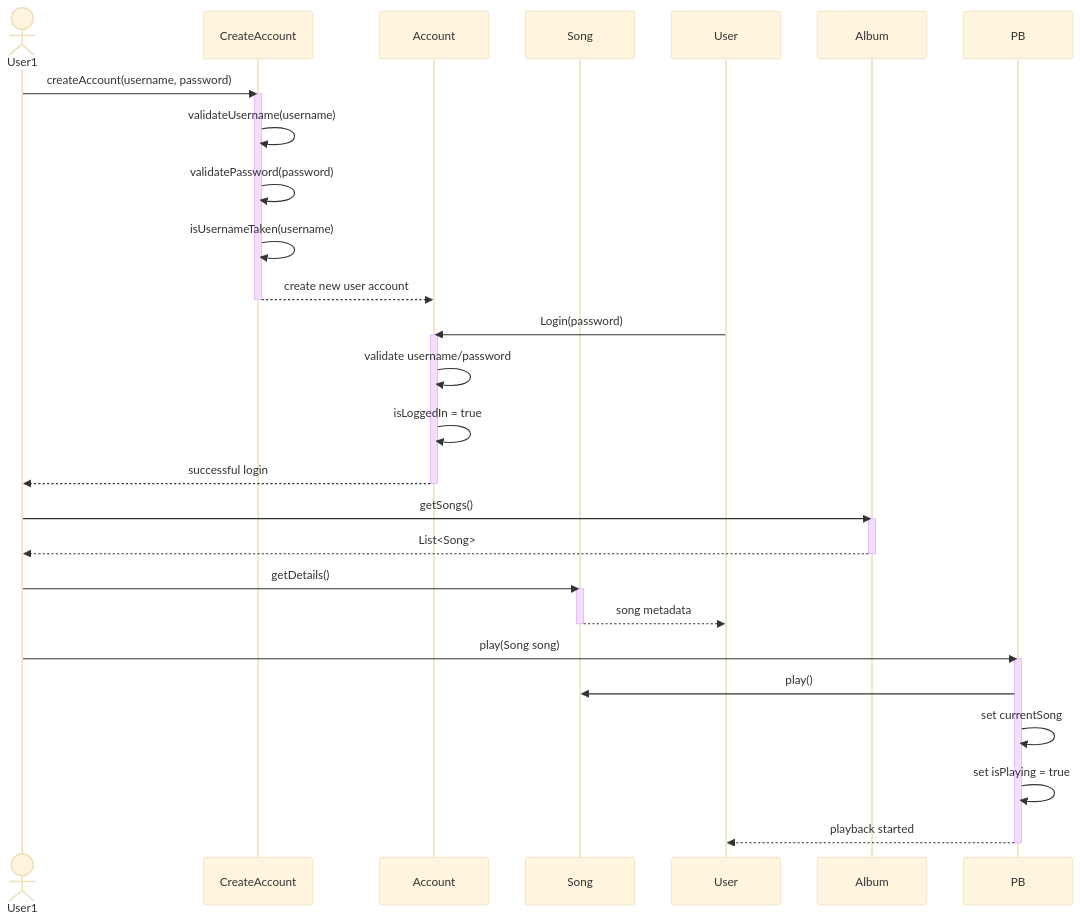
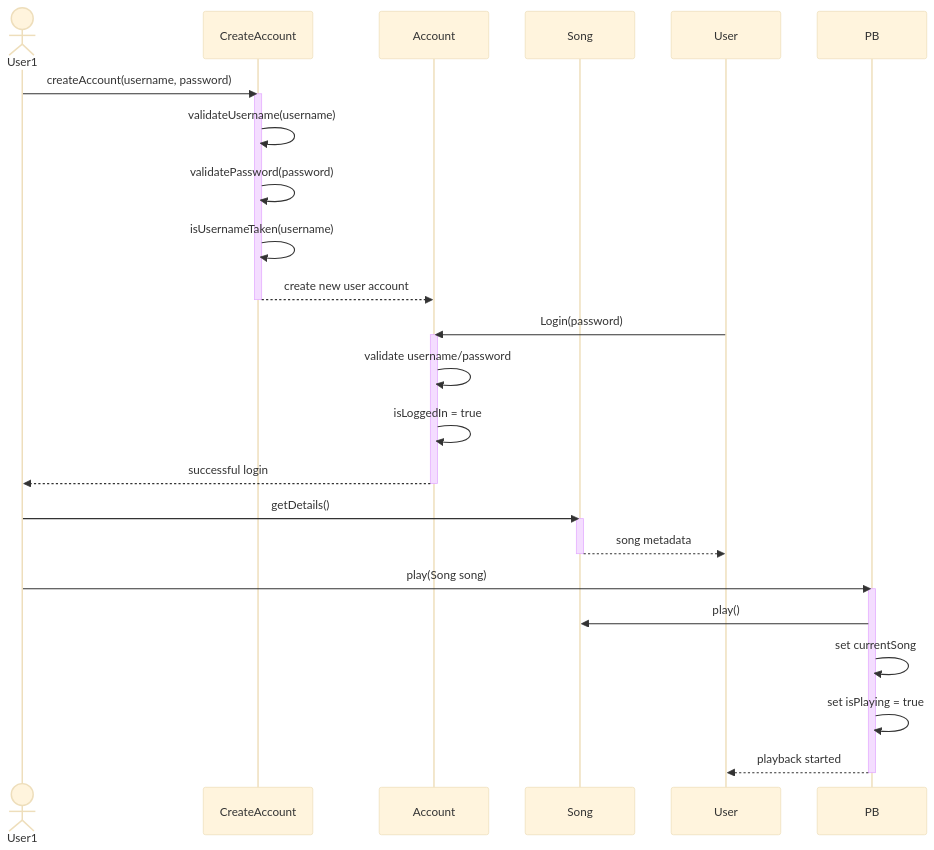
Before and after one commit to chrisdeso/Jukebox-7000: the diagram in wip/UML-SequenceDiagram.md, drawn with Mermaid (base theme). The commit also changed 1 other file, not shown here.

Commit message:
removed album component from diagram, added short description of components in sequenceDiagramDescription.md

````diff
--- a/wip/UML-SequenceDiagram.md
+++ b/wip/UML-SequenceDiagram.md
@@ -1,47 +1,42 @@
 ```mermaid
 sequenceDiagram
     % actors
     actor User1
 
     % participants (objects)
     participant CA as CreateAccount
     participant ACC as Account
     participant Song as Song
 
     % CreateAccount Flow
     User1->>CA: createAccount(username, password)
     activate CA
     CA->>CA: validateUsername(username)
     CA->>CA: validatePassword(password)
     CA->>CA: isUsernameTaken(username)
     CA-->>ACC: create new user account
     deactivate CA
 
     % Login flow
     User->>ACC: Login(password)
     activate ACC
     ACC->>ACC: validate username/password
     ACC->>ACC: isLoggedIn = true
     ACC-->>User1: successful login
     deactivate ACC
 
     %% Song Playback Flow
-    User1->>Album: getSongs()
-    activate Album
-    Album-->>User1: List<Song>
-    deactivate Album
-    
     User1->>Song: getDetails()
     activate Song
     Song-->>User: song metadata
     deactivate Song
     
     User1->>PB: play(Song song)
     activate PB
     PB->>Song: play()
     PB->>PB: set currentSong
     PB->>PB: set isPlaying = true
     PB-->>User: playback started
     deactivate PB
 
 ```
````
